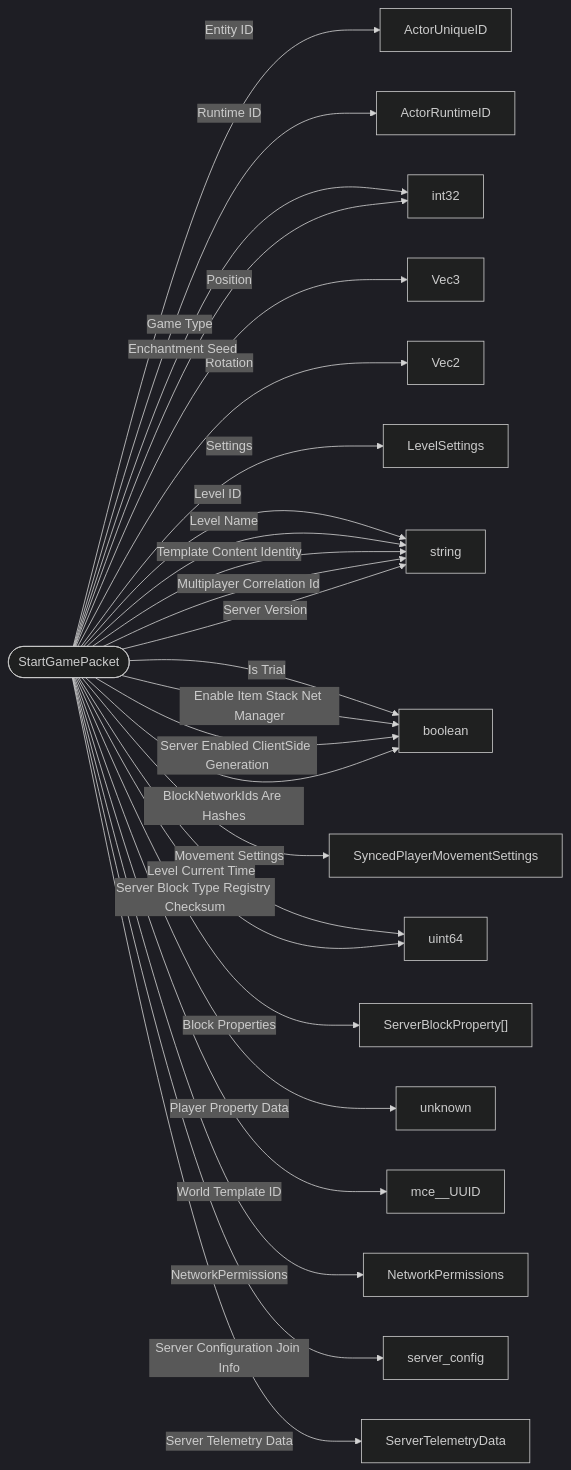
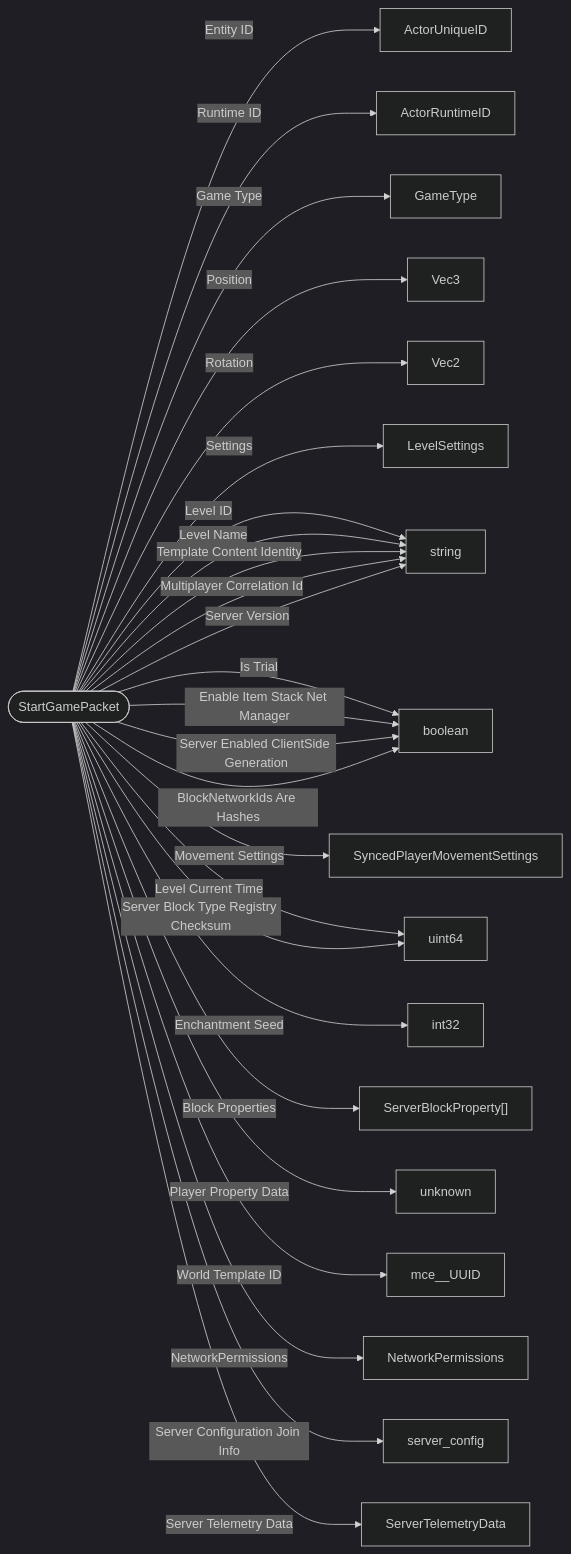
Before and after one commit to bedrock-v/protocol-docs: the diagram in schemas/packets/StartGamePacket.md, drawn with Mermaid (dark theme). The commit also changed 114 other files, not shown here.

````diff
--- a/schemas/packets/StartGamePacket.md
+++ b/schemas/packets/StartGamePacket.md
@@ -7,29 +7,29 @@
 ```mermaid
 flowchart LR
   ROOT(["StartGamePacket"])
   ROOT -->|"Entity ID"| ActorUniqueID["ActorUniqueID"]
   ROOT -->|"Runtime ID"| ActorRuntimeID["ActorRuntimeID"]
-  ROOT -->|"Game Type"| int32["int32"]
+  ROOT -->|"Game Type"| GameType["GameType"]
   ROOT -->|"Position"| Vec3["Vec3"]
   ROOT -->|"Rotation"| Vec2["Vec2"]
   ROOT -->|"Settings"| LevelSettings["LevelSettings"]
   ROOT -->|"Level ID"| string["string"]
   ROOT -->|"Level Name"| string["string"]
   ROOT -->|"Template Content Identity"| string["string"]
   ROOT -->|"Is Trial"| boolean["boolean"]
   ROOT -->|"Movement Settings"| SyncedPlayerMovementSettings["SyncedPlayerMovementSettings"]
   ROOT -->|"Level Current Time"| uint64["uint64"]
   ROOT -->|"Enchantment Seed"| int32["int32"]
   ROOT -->|"Block Properties"| ServerBlockProperty["ServerBlockProperty[]"]
   ROOT -->|"Multiplayer Correlation Id"| string["string"]
   ROOT -->|"Enable Item Stack Net Manager"| boolean["boolean"]
   ROOT -->|"Server Version"| string["string"]
   ROOT -->|"Player Property Data"| unknown["unknown"]
   ROOT -->|"Server Block Type Registry Checksum"| uint64["uint64"]
   ROOT -->|"World Template ID"| mce__UUID["mce__UUID"]
   ROOT -->|"Server Enabled ClientSide Generation"| boolean["boolean"]
   ROOT -->|"BlockNetworkIds Are Hashes"| boolean["boolean"]
   ROOT -->|"NetworkPermissions"| NetworkPermissions["NetworkPermissions"]
   ROOT -->|"Server Configuration Join Info"| server_config["server_config"]
   ROOT -->|"Server Telemetry Data"| ServerTelemetryData["ServerTelemetryData"]
 ```
````
